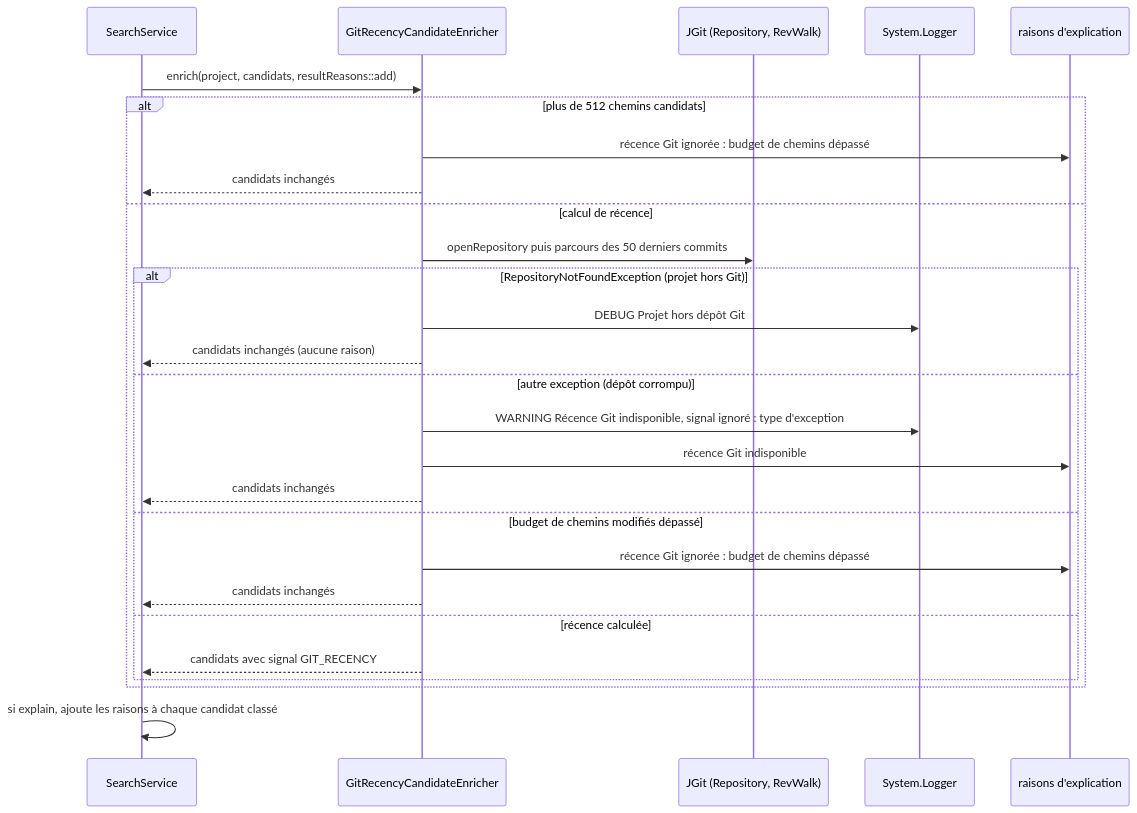
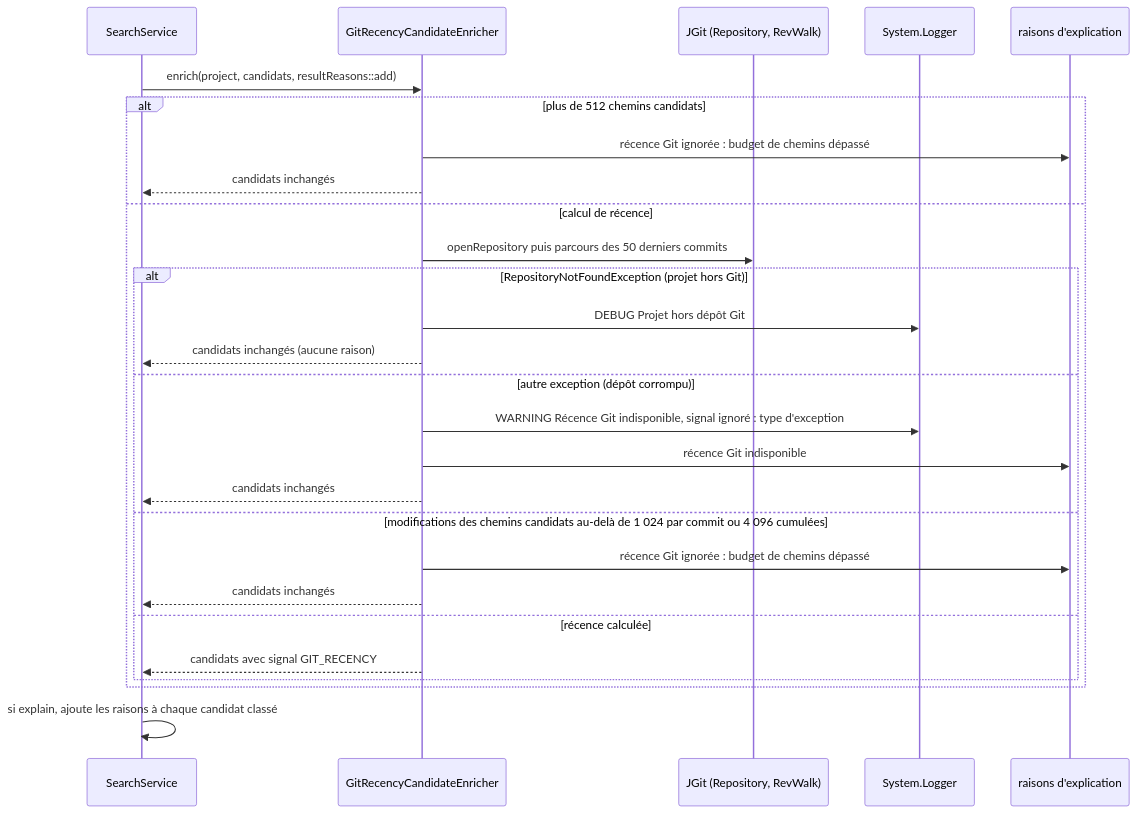
The first of 3 diagrams in docs/developer/git-context.md (FTurleque/nexus-context-engine), drawn with Mermaid before and after one commit. The commit also changed other lines of this file and 17 other files, not shown here.

````diff
--- a/docs/developer/git-context.md
+++ b/docs/developer/git-context.md
@@ -141,30 +141,30 @@
 ```mermaid
 sequenceDiagram
     participant SS as SearchService
     participant GE as GitRecencyCandidateEnricher
     participant JG as JGit (Repository, RevWalk)
     participant LG as System.Logger
     participant RC as raisons d'explication
 
     SS->>GE: enrich(project, candidats, resultReasons::add)
     alt plus de 512 chemins candidats
         GE->>RC: récence Git ignorée : budget de chemins dépassé
         GE-->>SS: candidats inchangés
     else calcul de récence
         GE->>JG: openRepository puis parcours des 50 derniers commits
         alt RepositoryNotFoundException (projet hors Git)
             GE->>LG: DEBUG Projet hors dépôt Git
             GE-->>SS: candidats inchangés (aucune raison)
         else autre exception (dépôt corrompu)
             GE->>LG: WARNING Récence Git indisponible, signal ignoré : type d'exception
             GE->>RC: récence Git indisponible
             GE-->>SS: candidats inchangés
-        else budget de chemins modifiés dépassé
+        else modifications des chemins candidats au-delà de 1 024 par commit ou 4 096 cumulées
             GE->>RC: récence Git ignorée : budget de chemins dépassé
             GE-->>SS: candidats inchangés
         else récence calculée
             GE-->>SS: candidats avec signal GIT_RECENCY
         end
     end
     SS->>SS: si explain, ajoute les raisons à chaque candidat classé
 ```
````
